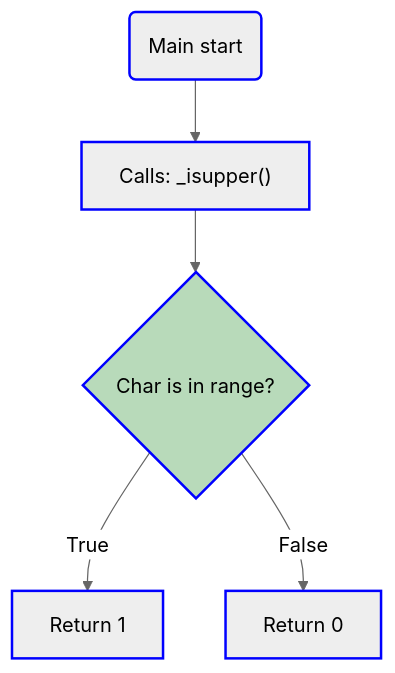
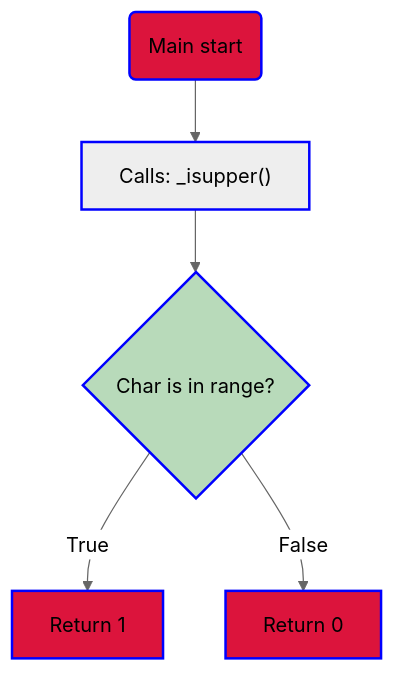
One commit to KevinYeff/holbertonschool-low_level_programming changed the diagram in more_functions_nested_loops/README.md. Above: the diagram before and after it, drawn with Mermaid.

Commit message:
fix(README): typo fixed crimsom to crimson

````diff
--- a/more_functions_nested_loops/README.md
+++ b/more_functions_nested_loops/README.md
@@ -13,16 +13,16 @@
 ```mermaid
 graph TD;
 Start(Main start)-->Call["Calls: _isupper()"]
 Call-->Condition{"Char is in range?"}
 Condition-- True-->Return["Return 1"]
 Condition-- False-->Return2["Return 0"]
 
-style Start fill:crimsom,stroke:blue,stroke-width:2px
+style Start fill:crimson,stroke:blue,stroke-width:2px
 style Call stroke:blue,stroke-width:2px
 style Condition fill:#b8daba,stroke:blue,stroke-width:2px
-style Return fill:crimsom,stroke:blue,stroke-width:2px
-style Return2 fill:crimsom,stroke:blue,stroke-width:2px
+style Return fill:crimson,stroke:blue,stroke-width:2px
+style Return2 fill:crimson,stroke:blue,stroke-width:2px
 %%{init:{
     'theme': 'neutral'
 }}%%
 ```
````
